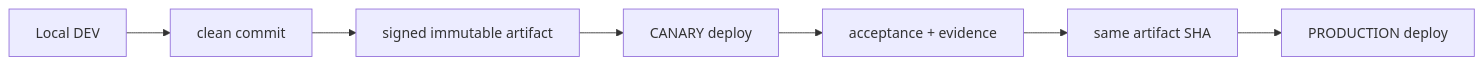
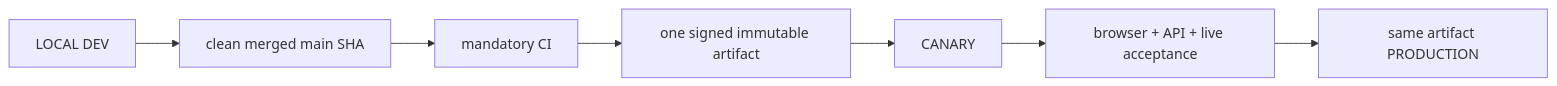
The diagram in NT-Analyzer/docs/external-gpt-context/04_ENVIRONMENTS_RELEASE_DEPLOYMENT.md (OMNOM-111/NT-Analyzer), drawn with Mermaid before and after one commit. The commit also changed other lines of this file and 41 other files, not shown here.

````diff
--- a/NT-Analyzer/docs/external-gpt-context/04_ENVIRONMENTS_RELEASE_DEPLOYMENT.md
+++ b/NT-Analyzer/docs/external-gpt-context/04_ENVIRONMENTS_RELEASE_DEPLOYMENT.md
@@ -24,9 +13,9 @@
 ```mermaid
 flowchart LR
-  Dev[Local DEV] --> Clean[clean commit]
-  Clean --> Build[signed immutable artifact]
-  Build --> Canary[CANARY deploy]
-  Canary --> Checks[acceptance + evidence]
-  Checks --> Promote[same artifact SHA]
-  Promote --> Prod[PRODUCTION deploy]
+  Dev[LOCAL DEV] --> Clean[clean merged main SHA]
+  Clean --> CI[mandatory CI]
+  CI --> Build[one signed immutable artifact]
+  Build --> Canary[CANARY]
+  Canary --> Accept[browser + API + live acceptance]
+  Accept --> Prod[same artifact PRODUCTION]
 ```
````
